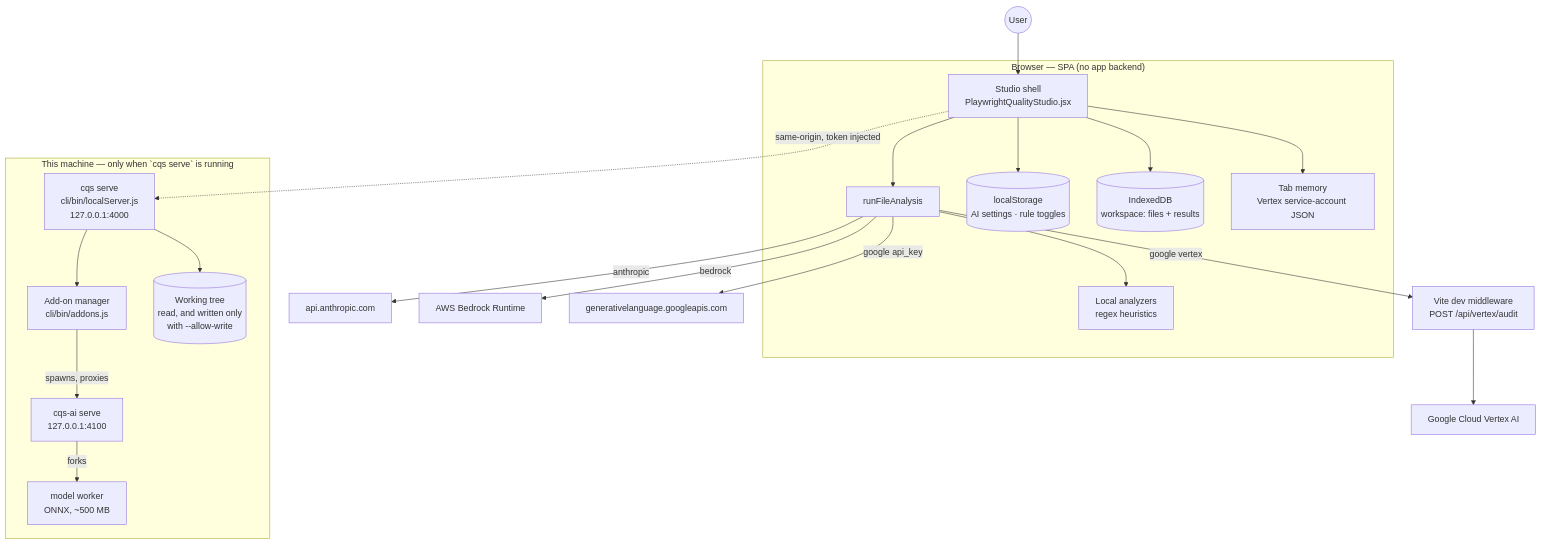
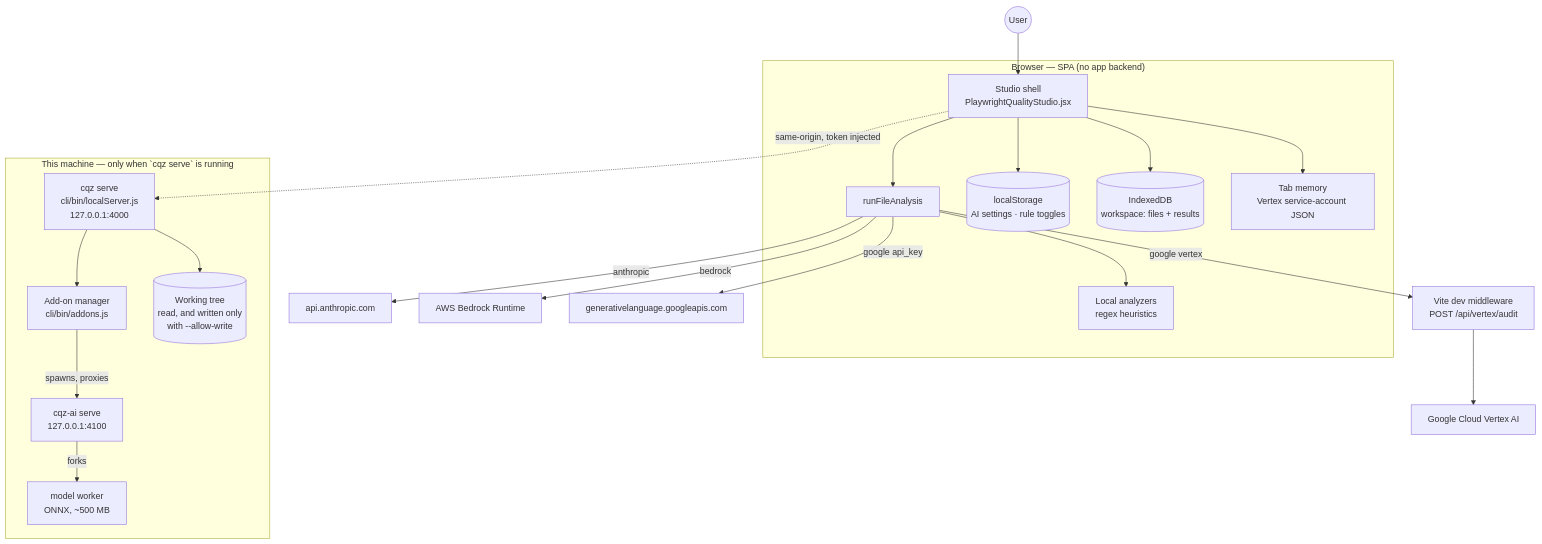
The first of 4 diagrams in docs/ARCHITECTURE.md (mv-vasanth/code-quality-studio), drawn with Mermaid before and after one commit. The commit also changed other lines of this file and 65 other files, not shown here.

````diff
--- a/docs/ARCHITECTURE.md
+++ b/docs/ARCHITECTURE.md
@@ -42,39 +42,39 @@
 ```mermaid
 flowchart TB
   USER((User)) --> UI
 
   subgraph Browser["Browser — SPA (no app backend)"]
     UI[Studio shell<br/>PlaywrightQualityStudio.jsx]
     LOCAL[Local analyzers<br/>regex heuristics]
     ROUTER[runFileAnalysis]
     LS[(localStorage<br/>AI settings · rule toggles)]
     IDB[(IndexedDB<br/>workspace: files + results)]
     MEM[Tab memory<br/>Vertex service-account JSON]
 
     UI --> ROUTER
     ROUTER --> LOCAL
     UI --> LS
     UI --> IDB
     UI --> MEM
   end
 
   ROUTER -->|anthropic| ANT[api.anthropic.com]
   ROUTER -->|bedrock| BR[AWS Bedrock Runtime]
   ROUTER -->|google api_key| GEN[generativelanguage.googleapis.com]
   ROUTER -->|google vertex| VITE[Vite dev middleware<br/>POST /api/vertex/audit]
   VITE --> GCP[Google Cloud Vertex AI]
 
   UI -.->|same-origin, token injected| SERVE
-  subgraph Machine["This machine — only when `cqs serve` is running"]
-    SERVE[cqs serve<br/>cli/bin/localServer.js<br/>127.0.0.1:4000]
+  subgraph Machine["This machine — only when `cqz serve` is running"]
+    SERVE[cqz serve<br/>cli/bin/localServer.js<br/>127.0.0.1:4000]
     ADDONS[Add-on manager<br/>cli/bin/addons.js]
-    AI[cqs-ai serve<br/>127.0.0.1:4100]
+    AI[cqz-ai serve<br/>127.0.0.1:4100]
     WORKER[model worker<br/>ONNX, ~500 MB]
     DISK[(Working tree<br/>read, and written only<br/>with --allow-write)]
 
     SERVE --> ADDONS
     SERVE --> DISK
     ADDONS -->|spawns, proxies| AI
     AI -->|forks| WORKER
   end
 ```
````
